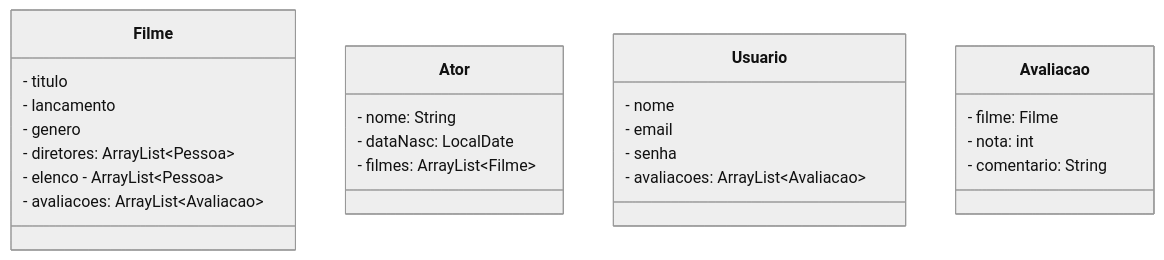
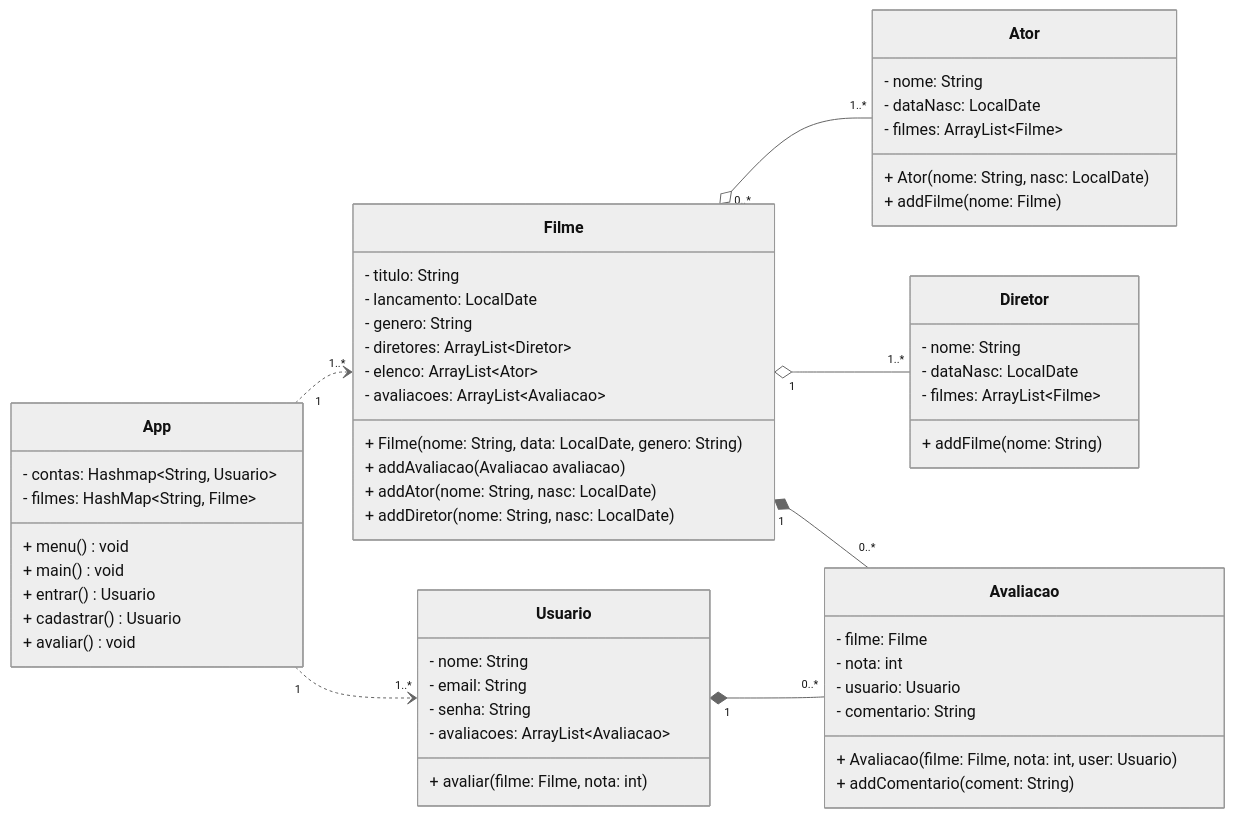
The diagram in lab-04/sistemaAvaliacao/src/main/java/ads/poo/README.md (vitoraugustosz/POO), drawn with Mermaid (neutral theme) before and after one commit. The commit also changed other lines of this file and 18 other files, not shown here.

Commit message:
Realizada atividade de modelagem UML e parte da implementaçao java lab4

````diff
--- a/lab-04/sistemaAvaliacao/src/main/java/ads/poo/README.md
+++ b/lab-04/sistemaAvaliacao/src/main/java/ads/poo/README.md
@@ -5,37 +5,70 @@
 ```mermaid
 
 classDiagram
+    direction LR
     
     class Filme {
-        - titulo
-        - lancamento
-        - genero
-        - diretores: ArrayList~Pessoa~
-        - elenco - ArrayList~Pessoa~
+        - titulo: String 
+        - lancamento: LocalDate
+        - genero: String
+        - diretores: ArrayList~Diretor~
+        - elenco: ArrayList~Ator~
         - avaliacoes: ArrayList~Avaliacao~
+        + Filme(nome: String, data: LocalDate, genero: String)
+        + addAvaliacao(Avaliacao avaliacao)
+        + addAtor(nome: String, nasc: LocalDate)
+        + addDiretor(nome: String, nasc: LocalDate)
     }
 
     class Ator {
         - nome: String
         - dataNasc: LocalDate
         - filmes: ArrayList~Filme~
+        + Ator(nome: String, nasc: LocalDate)
+        + addFilme(nome: Filme)
     }
     
-    
-    
     class Usuario {
-        - nome
-        - email
-        - senha
+        - nome: String
+        - email: String 
+        - senha: String
         - avaliacoes: ArrayList~Avaliacao~
+        + avaliar(filme: Filme, nota: int)
     }
     
     class Avaliacao {
         - filme: Filme
         - nota: int
+        - usuario: Usuario
         - comentario: String
+        + Avaliacao(filme: Filme, nota: int, user: Usuario)
+        + addComentario(coment: String)
     }
+    
+    class Diretor {
+        - nome: String
+        - dataNasc: LocalDate
+        - filmes: ArrayList~Filme~
+        + addFilme(nome: String)
+    }
+    
+    class App {
+        - contas: Hashmap~String, Usuario~
+        - filmes: HashMap~String, Filme~
+        + menu() void
+        + main() void
+        + entrar() Usuario
+        + cadastrar() Usuario
+        + avaliar() void
+    }
+    
+    App "1" ..> "1..*" Filme
+    App "1" ..> "1..*" Usuario
 
+    Usuario "1" *-- "0..*" Avaliacao
+    Filme "0..*" o-- "1..*" Ator
+    Filme "1" o-- "1..*" Diretor
+    Filme "1" *-- "0..*" Avaliacao
 
 
 ```
````
